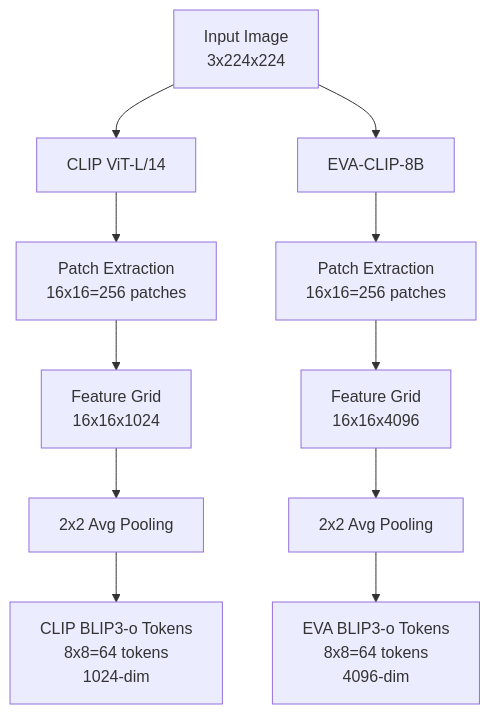
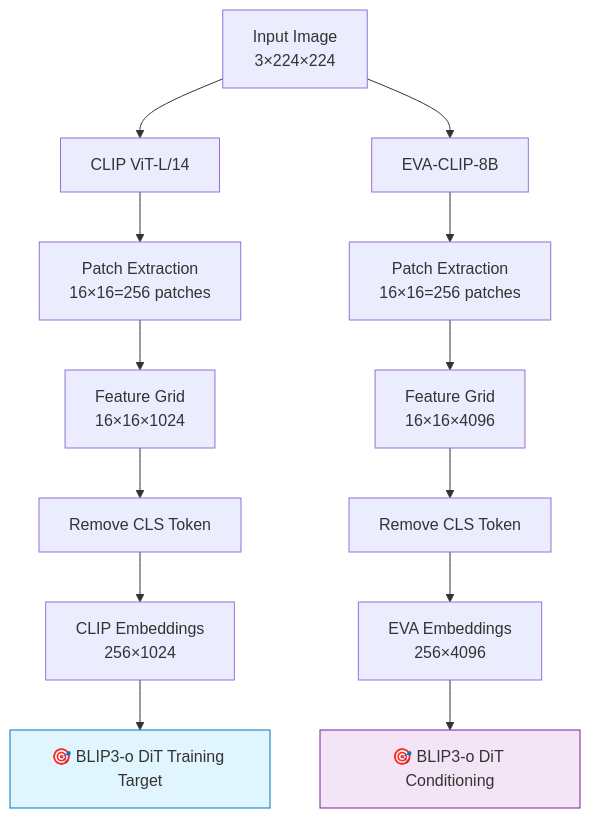
One commit to Hafeezmhk7/eva-clip-v6 changed the first of 7 diagrams in README.md. Above: the diagram before and after it, drawn with Mermaid. The commit also changed other lines of this file, not shown here.

````diff
--- a/README.md
+++ b/README.md
@@ -47,15 +61,21 @@
 ```mermaid
 flowchart TD
-    A[Input Image\n3x224x224] --> B[CLIP ViT-L/14]
+    A[Input Image\n3×224×224] --> B[CLIP ViT-L/14]
     A --> C[EVA-CLIP-8B]
     
-    B --> D[Patch Extraction\n16x16=256 patches]
-    D --> E[Feature Grid\n16x16x1024]
-    E --> F[2x2 Avg Pooling]
-    F --> G[CLIP BLIP3-o Tokens\n8x8=64 tokens\n1024-dim]
+    B --> D[Patch Extraction\n16×16=256 patches]
+    D --> E[Feature Grid\n16×16×1024]
+    E --> F[Remove CLS Token]
+    F --> G[CLIP Embeddings\n256×1024]
     
-    C --> H[Patch Extraction\n16x16=256 patches]
-    H --> I[Feature Grid\n16x16x4096]
-    I --> J[2x2 Avg Pooling]
-    J --> K[EVA BLIP3-o Tokens\n8x8=64 tokens\n4096-dim]
+    C --> H[Patch Extraction\n16×16=256 patches] 
+    H --> I[Feature Grid\n16×16×4096]
+    I --> J[Remove CLS Token]
+    J --> K[EVA Embeddings\n256×4096]
+    
+    G --> L[🎯 BLIP3-o DiT Training Target]
+    K --> M[🎯 BLIP3-o DiT Conditioning]
+    
+    style L fill:#e1f5fe,stroke:#0277bd
+    style M fill:#f3e5f5,stroke:#7b1fa2
 ```
````
